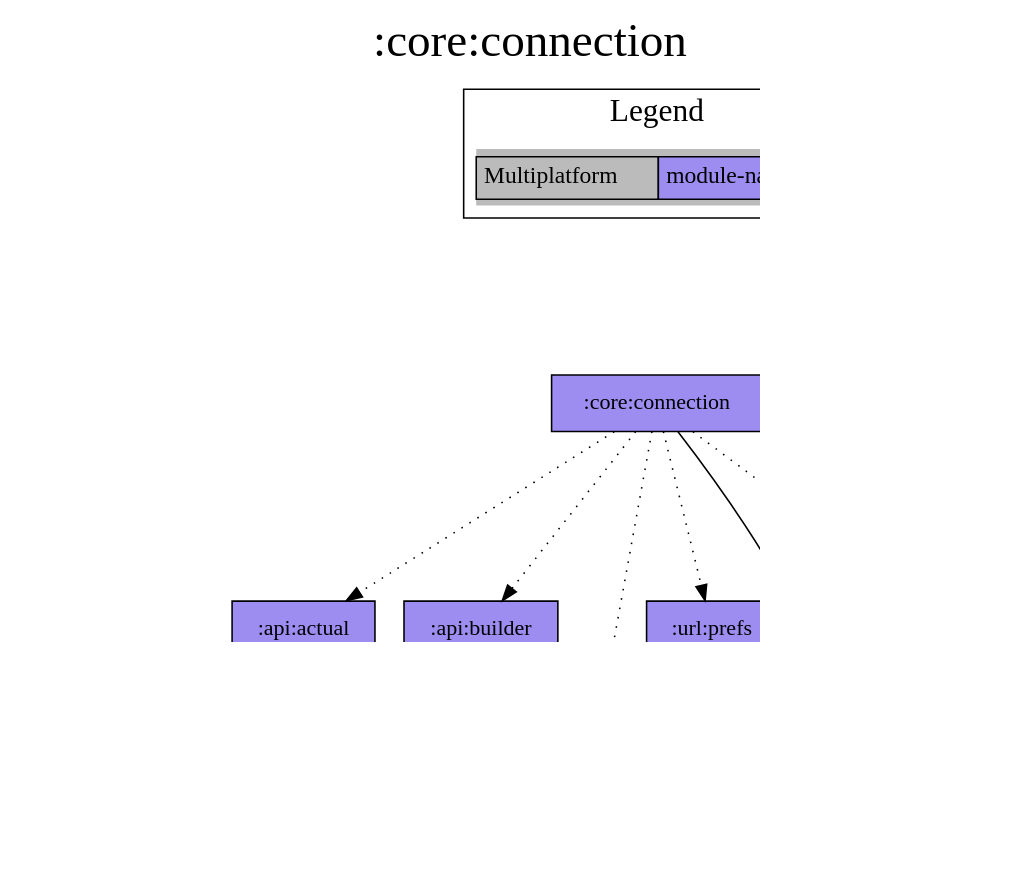
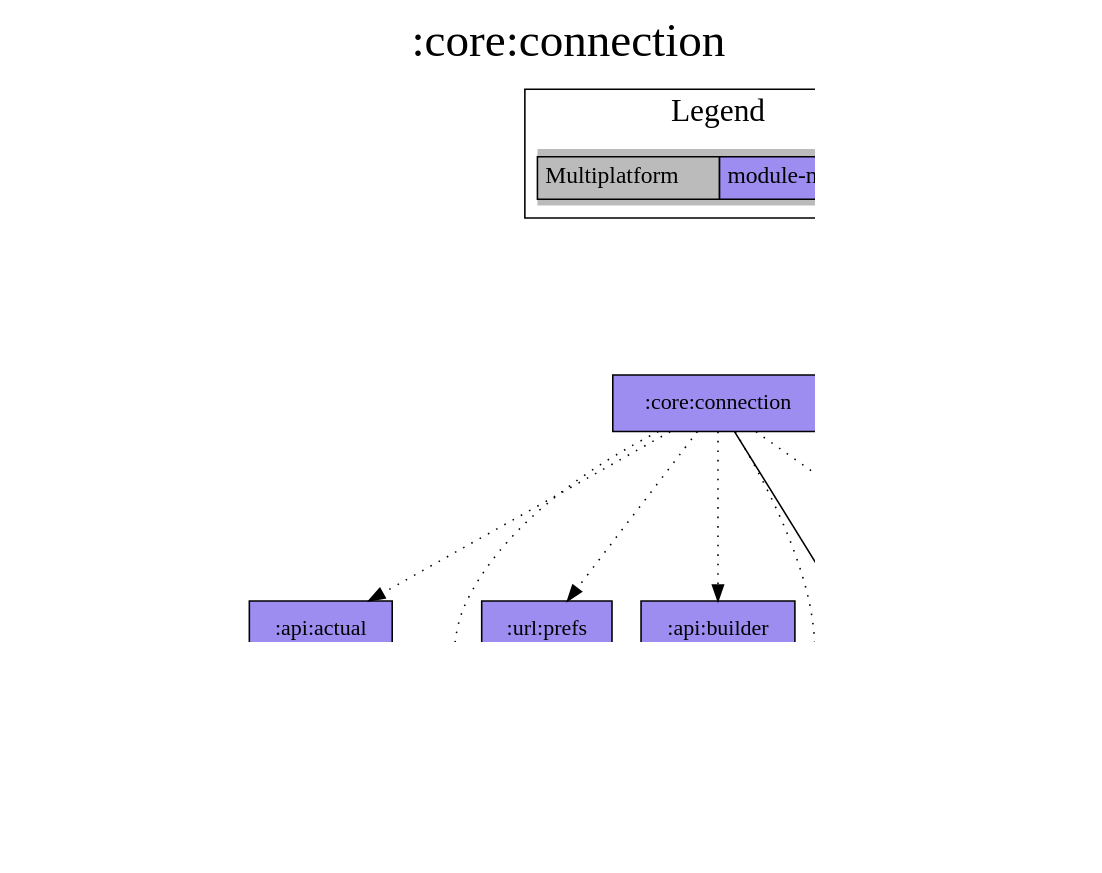
One commit to jonapoul/aktual changed the diagram in modules/core/connection/project-dependency-graph.dot. Above: the diagram before and after it, drawn with Graphviz. The commit also changed 69 other files, not shown here.

```diff
--- a/modules/core/connection/project-dependency-graph.dot
+++ b/modules/core/connection/project-dependency-graph.dot
@@ -1,39 +1,42 @@
 digraph {
 edge ["dir"="forward"]
 graph ["dpi"="100","label"=":core:connection","labelloc"="t","fontsize"="30","ranksep"="1.5","rankdir"="TB"]
 node ["style"="filled"]
 ":account:model" ["fillcolor"="#9D8DF1","shape"="box"]
 ":api:actual" ["fillcolor"="#9D8DF1","shape"="box"]
 ":api:builder" ["fillcolor"="#9D8DF1","shape"="box"]
 ":budget:model" ["fillcolor"="#9D8DF1","shape"="box"]
 ":core:buildconfig" ["fillcolor"="#9D8DF1","shape"="box"]
 ":core:connection" ["fillcolor"="#9D8DF1","shape"="box"]
 ":core:versions" ["fillcolor"="#9D8DF1","shape"="box"]
+":log" ["fillcolor"="#9D8DF1","shape"="box"]
 ":url:model" ["fillcolor"="#9D8DF1","shape"="box"]
 ":url:prefs" ["fillcolor"="#9D8DF1","shape"="box"]
 {
 edge ["dir"="none"]
 graph ["rank"="same"]
 }
 ":api:actual" -> ":account:model"
 ":api:actual" -> ":budget:model"
 ":api:actual" -> ":url:model"
+":api:builder" -> ":log" ["style"="dotted"]
 ":api:builder" -> ":url:model"
 ":core:connection" -> ":api:actual" ["style"="dotted"]
 ":core:connection" -> ":api:builder" ["style"="dotted"]
 ":core:connection" -> ":core:buildconfig"
 ":core:connection" -> ":core:versions" ["style"="dotted"]
+":core:connection" -> ":log" ["style"="dotted"]
 ":core:connection" -> ":url:model" ["style"="dotted"]
 ":core:connection" -> ":url:prefs" ["style"="dotted"]
 ":core:versions" -> ":core:buildconfig"
 ":url:prefs" -> ":url:model"
 subgraph "cluster_legend" {
 edge ["dir"="none"]
 graph ["label"="Legend","fontsize"="20"]
 "Legend" ["style"="filled","fillcolor"="#bbbbbb","shape"="none","margin"="0","fontsize"="15","label"=<
 <TABLE BORDER="0" CELLBORDER="1" CELLSPACING="0" CELLPADDING="4">
 <TR><TD>Multiplatform</TD><TD BGCOLOR="#9D8DF1">module-name</TD></TR>
 </TABLE>
 >]
 } -> ":core:connection" ["style"="invis"]
 }
```
